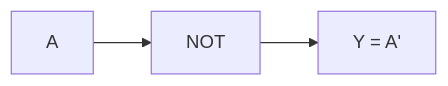
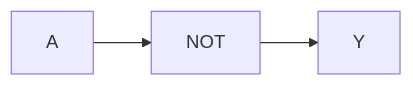
The fourth of 6 diagrams in semana-1/README.md (roblezsdier02-alt/cuaderno-sintesis-unidad1), drawn with Mermaid before and after one commit. The commit also changed other lines of this file, not shown here.

````diff
--- a/semana-1/README.md
+++ b/semana-1/README.md
@@ -635,5 +834,5 @@
 ```mermaid
 flowchart LR
     A["A"] --> B["NOT"]
-    B --> Y["Y = A'"]
+    B --> Y["Y"]
 ```
````
